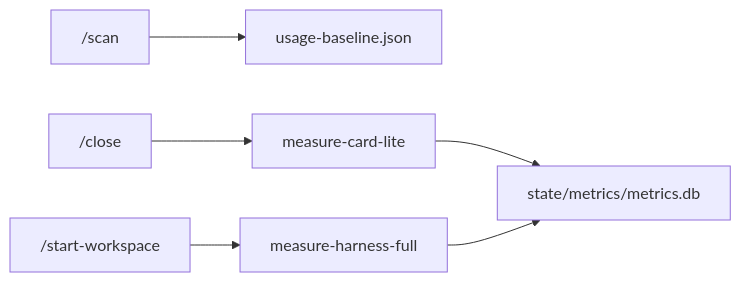
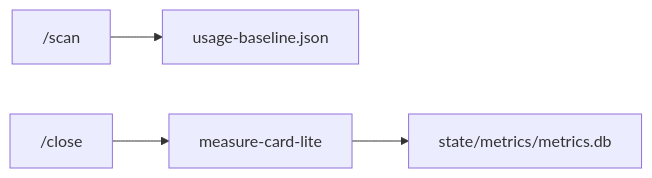
Before and after one commit to renanflustosa/octo-cluster: the diagram in docs/architecture/metrics-kernel.md, drawn with Mermaid. The commit also changed other lines of this file and 9 other files, not shown here.

````diff
--- a/docs/architecture/metrics-kernel.md
+++ b/docs/architecture/metrics-kernel.md
@@ -16,8 +16,6 @@
 ```mermaid
 flowchart LR
   scan["/scan"] --> baseline["usage-baseline.json"]
   close["/close"] --> lite["measure-card-lite"]
-  daystart["/start-workspace"] --> full["measure-harness-full"]
   lite --> db["state/metrics/metrics.db"]
-  full --> db
 ```
````
